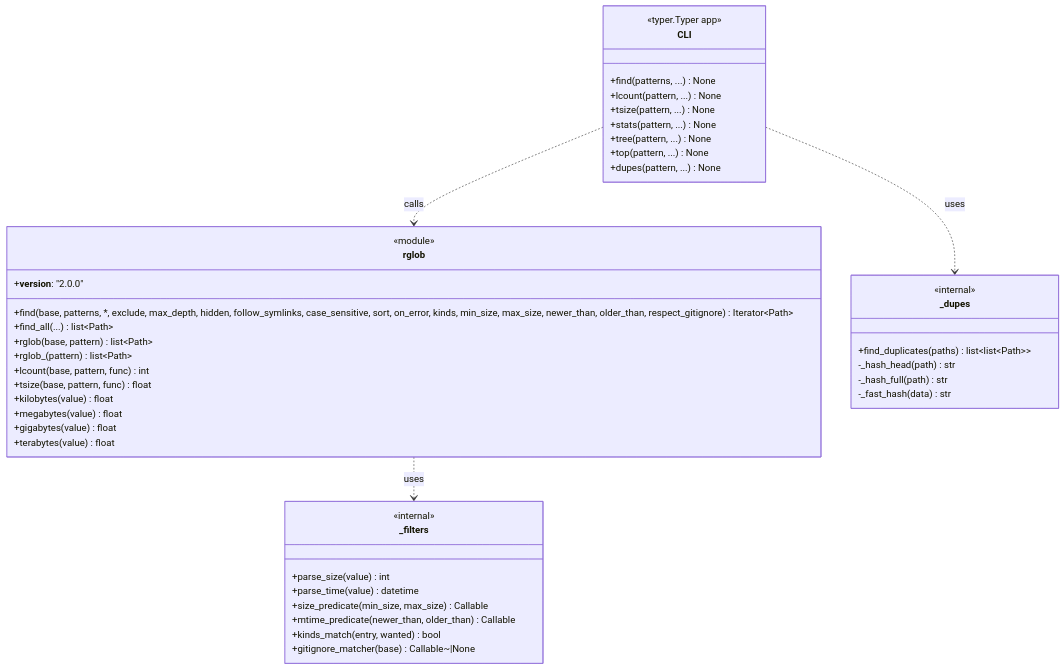
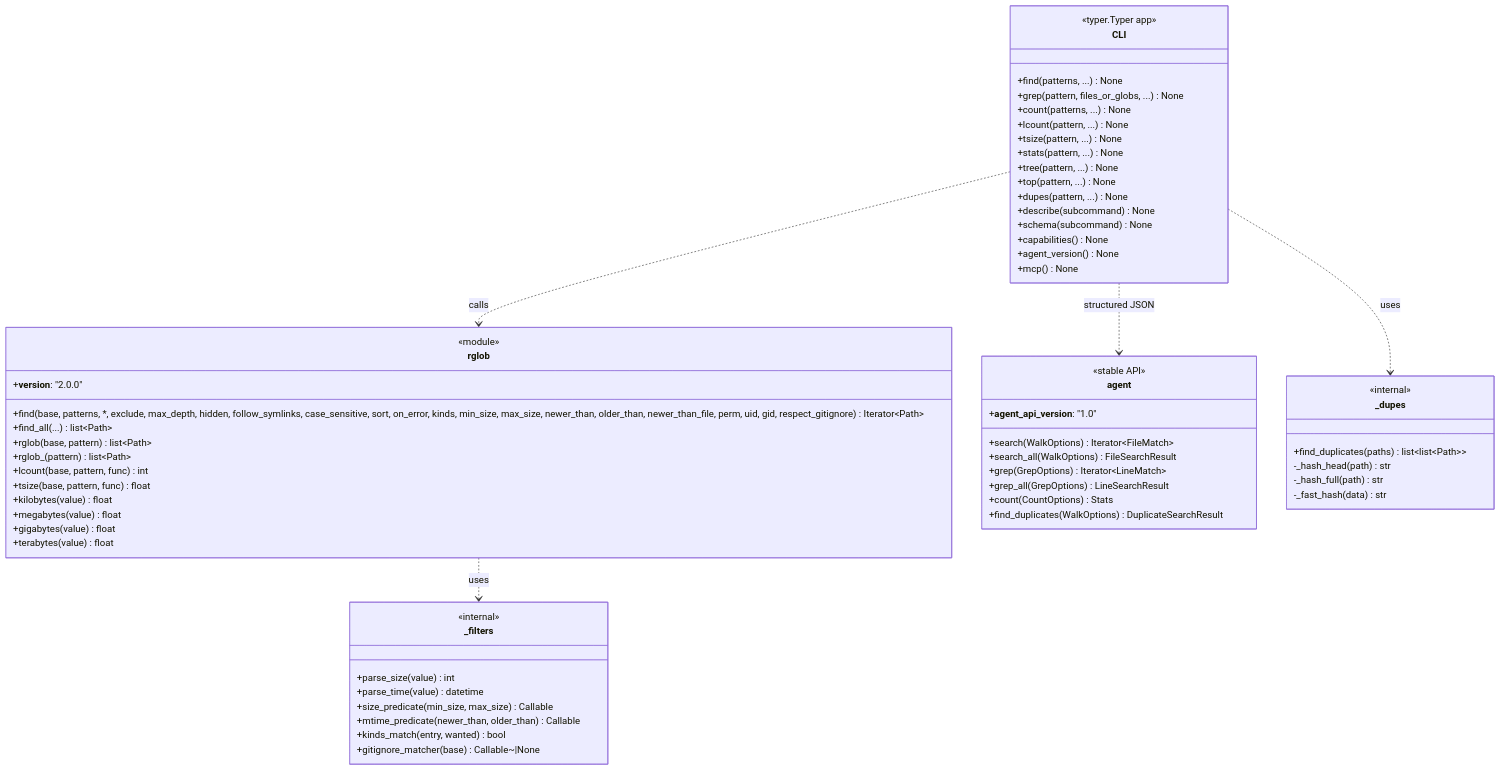
Before and after one commit to chris-piekarski/python-rglob: the ninth of 10 diagrams in docs/architecture.md, drawn with Mermaid. The commit also changed other lines of this file and 55 other files, not shown here.

First line of the commit message:
feat: ship agent platform (Phase 0-4) and walker/grep perf pass

````diff
--- a/docs/architecture.md
+++ b/docs/architecture.md
@@ -217,50 +217,69 @@
 ```mermaid
 classDiagram
     class rglob {
         <<module>>
         +__version__: "2.0.0"
-        +find(base, patterns, *, exclude, max_depth, hidden, follow_symlinks, case_sensitive, sort, on_error, kinds, min_size, max_size, newer_than, older_than, respect_gitignore) Iterator~Path~
+        +find(base, patterns, *, exclude, max_depth, hidden, follow_symlinks, case_sensitive, sort, on_error, kinds, min_size, max_size, newer_than, older_than, newer_than_file, perm, uid, gid, respect_gitignore) Iterator~Path~
         +find_all(...) list~Path~
         +rglob(base, pattern) list~Path~
         +rglob_(pattern) list~Path~
         +lcount(base, pattern, func) int
         +tsize(base, pattern, func) float
         +kilobytes(value) float
         +megabytes(value) float
         +gigabytes(value) float
         +terabytes(value) float
     }
 
     class CLI {
         <<typer.Typer app>>
         +find(patterns, ...) None
+        +grep(pattern, files_or_globs, ...) None
+        +count(patterns, ...) None
         +lcount(pattern, ...) None
         +tsize(pattern, ...) None
         +stats(pattern, ...) None
         +tree(pattern, ...) None
         +top(pattern, ...) None
         +dupes(pattern, ...) None
+        +describe(subcommand) None
+        +schema(subcommand) None
+        +capabilities() None
+        +agent_version() None
+        +mcp() None
+    }
+
+    class agent {
+        <<stable API>>
+        +__agent_api_version__: "1.0"
+        +search(WalkOptions) Iterator~FileMatch~
+        +search_all(WalkOptions) FileSearchResult
+        +grep(GrepOptions) Iterator~LineMatch~
+        +grep_all(GrepOptions) LineSearchResult
+        +count(CountOptions) Stats
+        +find_duplicates(WalkOptions) DuplicateSearchResult
     }
 
     class _filters {
         <<internal>>
         +parse_size(value) int
         +parse_time(value) datetime
         +size_predicate(min_size, max_size) Callable
         +mtime_predicate(newer_than, older_than) Callable
         +kinds_match(entry, wanted) bool
         +gitignore_matcher(base) Callable~|None
     }
 
     class _dupes {
         <<internal>>
         +find_duplicates(paths) list~list~Path~~
         -_hash_head(path) str
         -_hash_full(path) str
         -_fast_hash(data) str
     }
 
     CLI ..> rglob : calls
+    CLI ..> agent : structured JSON
     rglob ..> _filters : uses
     CLI ..> _dupes : uses
 ```
````
